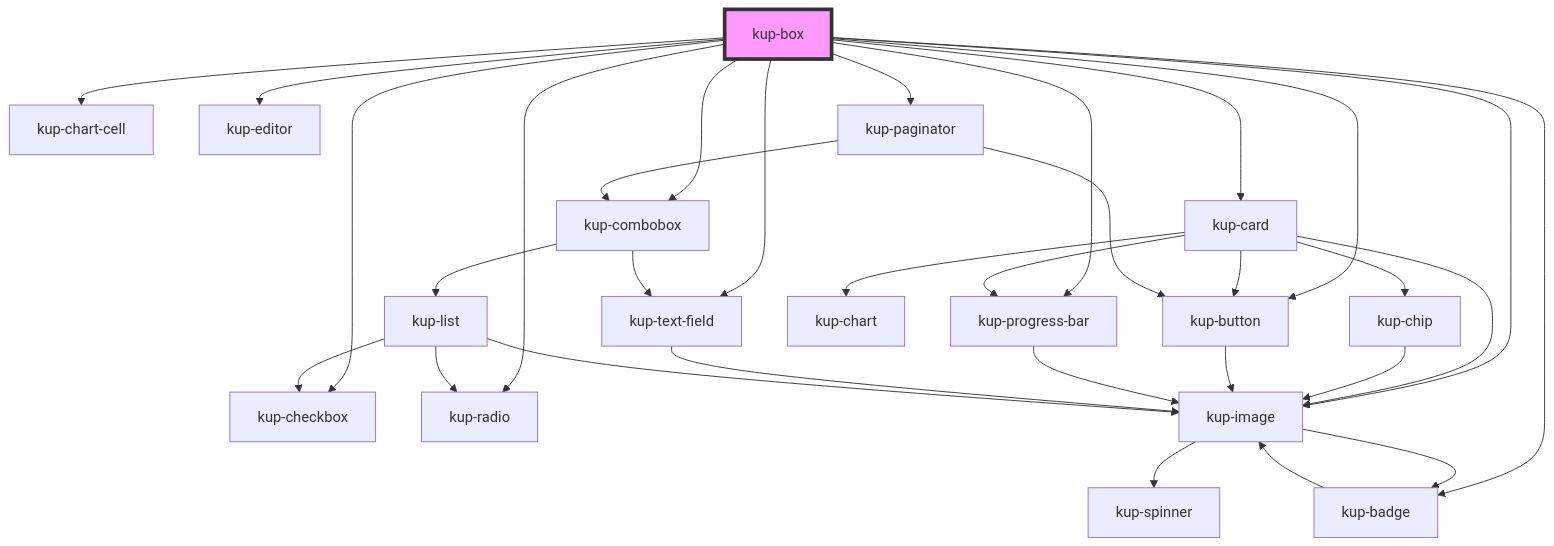
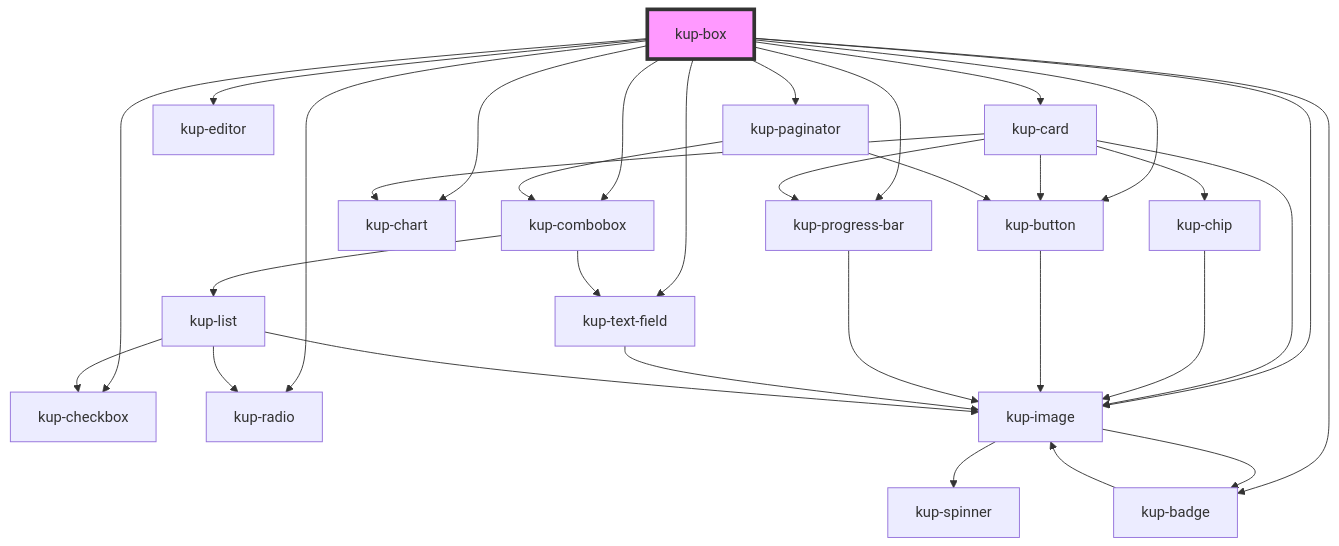
Before and after one commit to smeup/ketchup: the diagram in packages/ketchup/src/components/kup-box/readme.md, drawn with Mermaid. The commit also changed other lines of this file and 4 other files, not shown here.

Commit message:
Offline chart in box replacing chart cell

````diff
--- a/packages/ketchup/src/components/kup-box/readme.md
+++ b/packages/ketchup/src/components/kup-box/readme.md
@@ -98,35 +98,35 @@
 ```mermaid
 graph TD;
   kup-box --> kup-card
   kup-box --> kup-checkbox
   kup-box --> kup-badge
   kup-box --> kup-button
   kup-box --> kup-radio
   kup-box --> kup-text-field
   kup-box --> kup-progress-bar
-  kup-box --> kup-chart-cell
+  kup-box --> kup-chart
   kup-box --> kup-image
   kup-box --> kup-editor
   kup-box --> kup-combobox
   kup-box --> kup-paginator
   kup-card --> kup-image
   kup-card --> kup-chip
   kup-card --> kup-button
   kup-card --> kup-progress-bar
   kup-card --> kup-chart
   kup-image --> kup-spinner
   kup-image --> kup-badge
   kup-badge --> kup-image
   kup-chip --> kup-image
   kup-button --> kup-image
   kup-progress-bar --> kup-image
   kup-text-field --> kup-image
   kup-combobox --> kup-text-field
   kup-combobox --> kup-list
   kup-list --> kup-image
   kup-list --> kup-radio
   kup-list --> kup-checkbox
   kup-paginator --> kup-button
   kup-paginator --> kup-combobox
   style kup-box fill:#f9f,stroke:#333,stroke-width:4px
 ```
````
